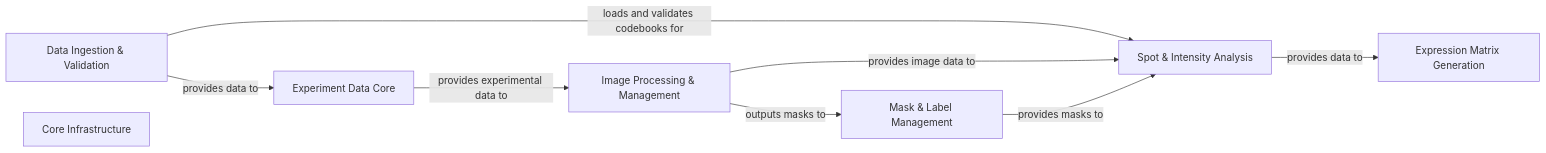
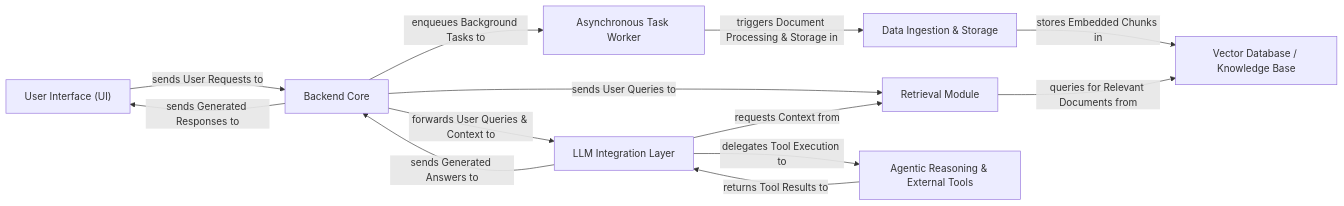
The diagram in .codeboarding/on_boarding.md (spacetx/starfish), drawn with Mermaid before and after one commit. The commit also changed other lines of this file and 24 other files, not shown here.

Commit message:
Updated diagrams

````diff
--- a/.codeboarding/on_boarding.md
+++ b/.codeboarding/on_boarding.md
@@ -1,45 +1,31 @@
 ```mermaid
-
 graph LR
-
-    Experiment_Data_Core["Experiment Data Core"]
-
-    Data_Ingestion_Validation["Data Ingestion & Validation"]
-
-    Image_Processing_Management["Image Processing & Management"]
-
-    Spot_Intensity_Analysis["Spot & Intensity Analysis"]
-
-    Mask_Label_Management["Mask & Label Management"]
-
-    Expression_Matrix_Generation["Expression Matrix Generation"]
-
-    Core_Infrastructure["Core Infrastructure"]
-
-    Data_Ingestion_Validation -- "provides data to" --> Experiment_Data_Core
-
-    Experiment_Data_Core -- "provides experimental data to" --> Image_Processing_Management
-
-    Data_Ingestion_Validation -- "loads and validates codebooks for" --> Spot_Intensity_Analysis
-
-    Image_Processing_Management -- "provides image data to" --> Spot_Intensity_Analysis
-
-    Image_Processing_Management -- "outputs masks to" --> Mask_Label_Management
-
-    Mask_Label_Management -- "provides masks to" --> Spot_Intensity_Analysis
-
-    Spot_Intensity_Analysis -- "provides data to" --> Expression_Matrix_Generation
-
-    click Experiment_Data_Core href "https://github.com/spacetx/starfish/blob/master/.codeboarding//Experiment_Data_Core.md" "Details"
-
-    click Image_Processing_Management href "https://github.com/spacetx/starfish/blob/master/.codeboarding//Image_Processing_Management.md" "Details"
-
-    click Spot_Intensity_Analysis href "https://github.com/spacetx/starfish/blob/master/.codeboarding//Spot_Intensity_Analysis.md" "Details"
-
-    click Mask_Label_Management href "https://github.com/spacetx/starfish/blob/master/.codeboarding//Mask_Label_Management.md" "Details"
-
-    click Expression_Matrix_Generation href "https://github.com/spacetx/starfish/blob/master/.codeboarding//Expression_Matrix_Generation.md" "Details"
-
-    click Core_Infrastructure href "https://github.com/spacetx/starfish/blob/master/.codeboarding//Core_Infrastructure.md" "Details"
-
+    User_Interface_UI_["User Interface (UI)"]
+    Backend_Core["Backend Core"]
+    Data_Ingestion_Storage["Data Ingestion & Storage"]
+    Vector_Database_Knowledge_Base["Vector Database / Knowledge Base"]
+    Retrieval_Module["Retrieval Module"]
+    LLM_Integration_Layer["LLM Integration Layer"]
+    Agentic_Reasoning_External_Tools["Agentic Reasoning & External Tools"]
+    Asynchronous_Task_Worker["Asynchronous Task Worker"]
+    User_Interface_UI_ -- "sends User Requests to" --> Backend_Core
+    Backend_Core -- "sends Generated Responses to" --> User_Interface_UI_
+    Backend_Core -- "enqueues Background Tasks to" --> Asynchronous_Task_Worker
+    Backend_Core -- "sends User Queries to" --> Retrieval_Module
+    Backend_Core -- "forwards User Queries & Context to" --> LLM_Integration_Layer
+    Asynchronous_Task_Worker -- "triggers Document Processing & Storage in" --> Data_Ingestion_Storage
+    Data_Ingestion_Storage -- "stores Embedded Chunks in" --> Vector_Database_Knowledge_Base
+    Retrieval_Module -- "queries for Relevant Documents from" --> Vector_Database_Knowledge_Base
+    LLM_Integration_Layer -- "requests Context from" --> Retrieval_Module
+    LLM_Integration_Layer -- "delegates Tool Execution to" --> Agentic_Reasoning_External_Tools
+    Agentic_Reasoning_External_Tools -- "returns Tool Results to" --> LLM_Integration_Layer
+    LLM_Integration_Layer -- "sends Generated Answers to" --> Backend_Core
+    click User_Interface_UI_ href "https://github.com/CodeBoarding/GeneratedOnBoardings/blob/main/DocsGPT/User_Interface_UI_.md" "Details"
+    click Backend_Core href "https://github.com/CodeBoarding/GeneratedOnBoardings/blob/main/DocsGPT/Backend_Core.md" "Details"
+    click Data_Ingestion_Storage href "https://github.com/CodeBoarding/GeneratedOnBoardings/blob/main/DocsGPT/Data_Ingestion_Storage.md" "Details"
+    click Vector_Database_Knowledge_Base href "https://github.com/CodeBoarding/GeneratedOnBoardings/blob/main/DocsGPT/Vector_Database_Knowledge_Base.md" "Details"
+    click Retrieval_Module href "https://github.com/CodeBoarding/GeneratedOnBoardings/blob/main/DocsGPT/Retrieval_Module.md" "Details"
+    click LLM_Integration_Layer href "https://github.com/CodeBoarding/GeneratedOnBoardings/blob/main/DocsGPT/LLM_Integration_Layer.md" "Details"
+    click Agentic_Reasoning_External_Tools href "https://github.com/CodeBoarding/GeneratedOnBoardings/blob/main/DocsGPT/Agentic_Reasoning_External_Tools.md" "Details"
+    click Asynchronous_Task_Worker href "https://github.com/CodeBoarding/GeneratedOnBoardings/blob/main/DocsGPT/Asynchronous_Task_Worker.md" "Details"
 ```
````
